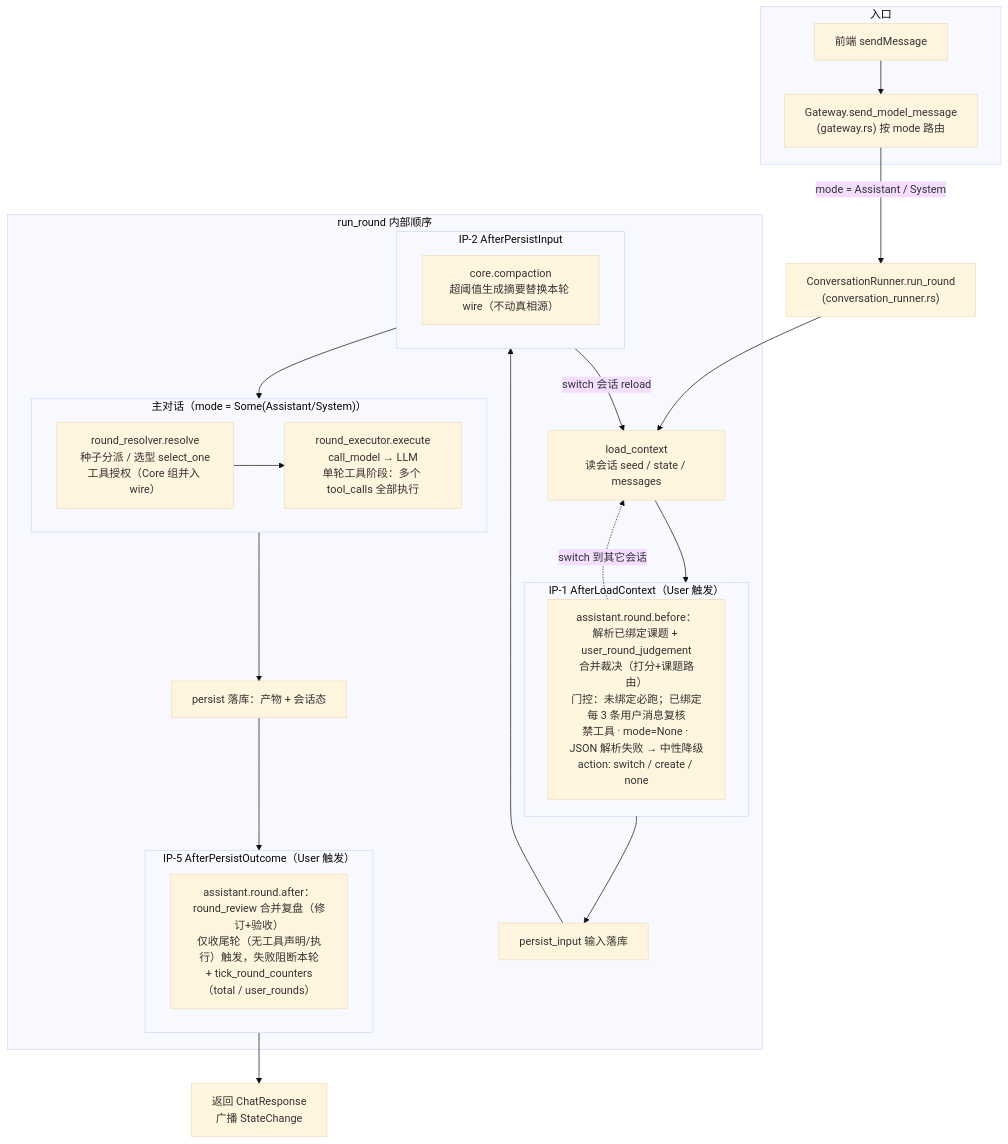
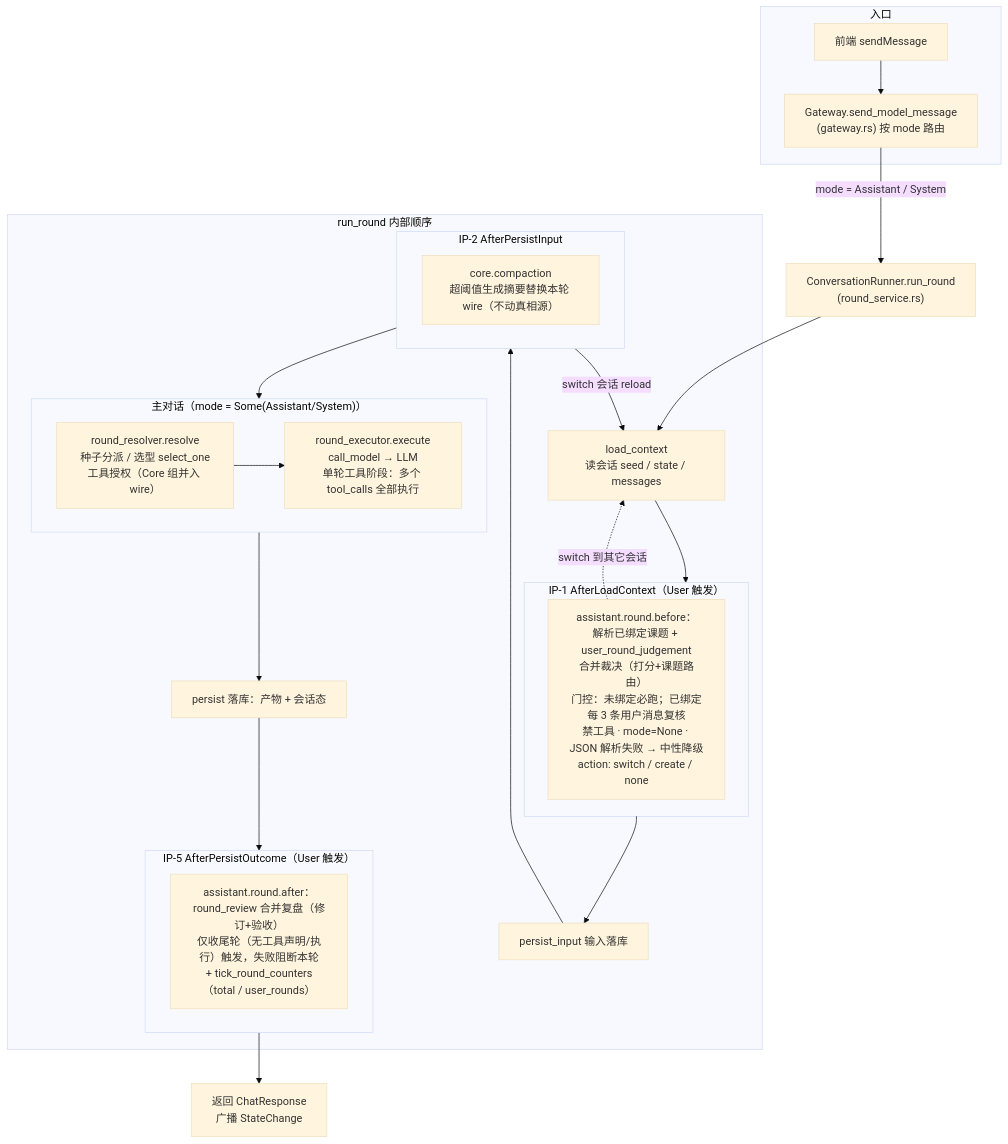
One commit to luoanb/new-start changed the fourth of 5 diagrams in docs/pulsar/architecture.md. Above: the diagram before and after it, drawn with Mermaid (base theme). The commit also changed other lines of this file and 135 other files, not shown here.

````diff
--- a/docs/pulsar/architecture.md
+++ b/docs/pulsar/architecture.md
@@ -422,31 +445,31 @@
 ```mermaid
 flowchart TB
   subgraph ent["入口"]
     UI["前端 sendMessage"] --> GW["Gateway.send_model_message<br/>(gateway.rs) 按 mode 路由"]
   end
-  GW -->|"mode = Assistant / System"| RUNNER["ConversationRunner.run_round<br/>(conversation_runner.rs)"]
+  GW -->|"mode = Assistant / System"| RUNNER["ConversationRunner.run_round<br/>(round_service.rs)"]
 
   subgraph runner["run_round 内部顺序"]
     LC["load_context<br/>读会话 seed / state / messages"]
     subgraph ip1["IP-1 AfterLoadContext（User 触发）"]
       RBT["assistant.round.before：<br/>解析已绑定课题 + user_round_judgement<br/>合并裁决（打分+课题路由）<br/>门控：未绑定必跑；已绑定每 3 条用户消息复核<br/>禁工具 · mode=None · JSON 解析失败 → 中性降级<br/>action: switch / create / none"]
     end
     PI["persist_input 输入落库"]
     subgraph ip2["IP-2 AfterPersistInput"]
       CMP["core.compaction<br/>超阈值生成摘要替换本轮 wire（不动真相源）"]
     end
     subgraph coreph["主对话（mode = Some(Assistant/System)）"]
       RR["round_resolver.resolve<br/>种子分派 / 选型 select_one<br/>工具授权（Core 组并入 wire）"] --> EX["round_executor.execute<br/>call_model → LLM<br/>单轮工具阶段：多个 tool_calls 全部执行"]
     end
     PO["persist 落库：产物 + 会话态"]
     subgraph ip5["IP-5 AfterPersistOutcome（User 触发）"]
       AH["assistant.round.after：<br/>round_review 合并复盘（修订+验收）<br/>仅收尾轮（无工具声明/执行）触发，失败阻断本轮<br/>+ tick_round_counters（total / user_rounds）"]
     end
   end
 
   RUNNER --> LC --> ip1 --> PI --> ip2
   ip2 -->|"switch 会话 reload"| LC
   ip2 --> coreph --> PO --> ip5
   ip5 --> RES["返回 ChatResponse<br/>广播 StateChange"]
   RBT -.->|"switch 到其它会话"| LC
 ```
````
